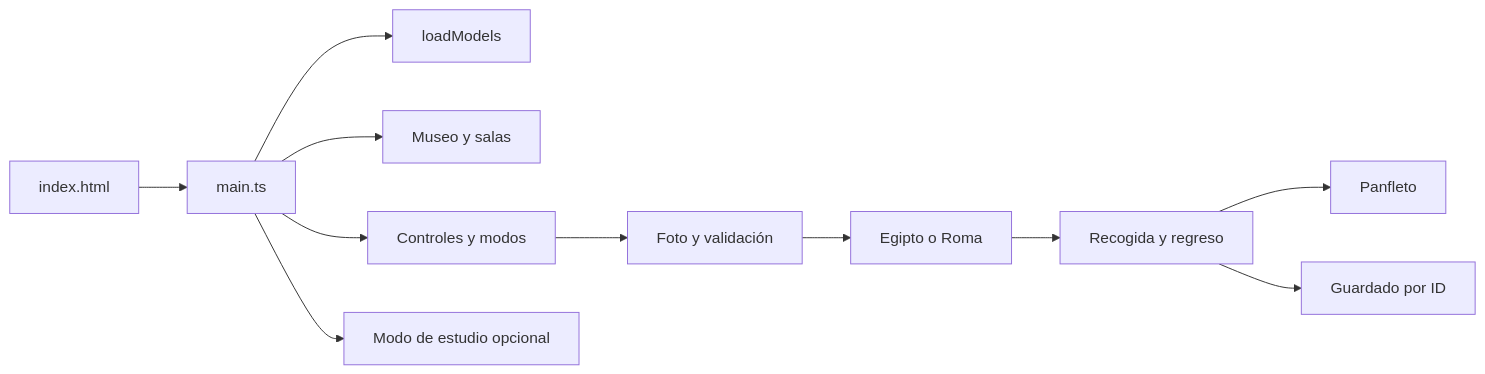
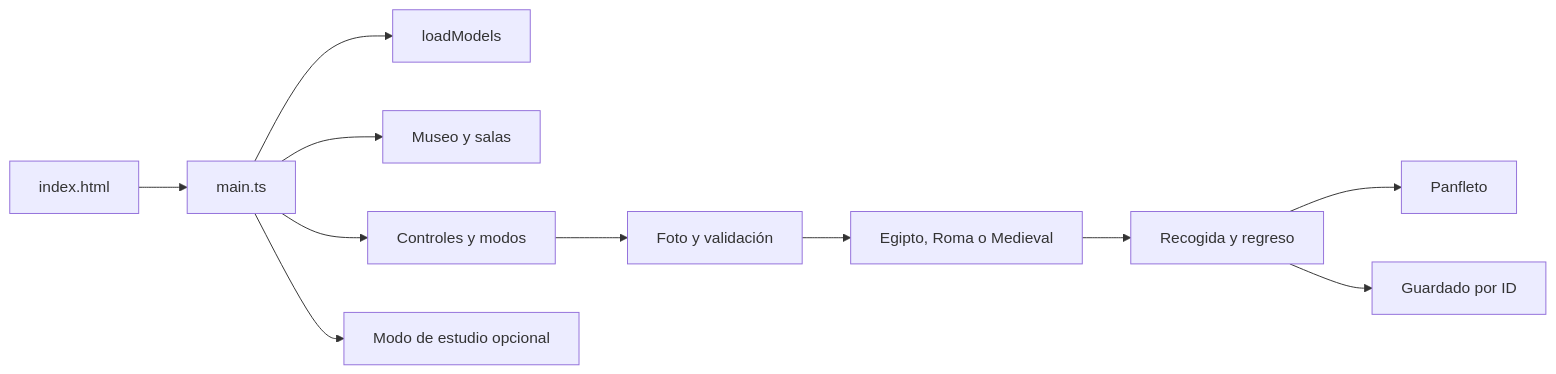
The diagram in docs/CODEMAP.md (MatiArgu/CDEV-TPI-Grupo03), drawn with Mermaid before and after one commit. The commit also changed other lines of this file and 51 other files, not shown here.

Commit message:
Crear sala medieval, mejora de egipto y roma

````diff
--- a/docs/CODEMAP.md
+++ b/docs/CODEMAP.md
@@ -48,13 +48,13 @@
 ```mermaid
 flowchart LR
   HTML[index.html] --> Main[main.ts]
   Main --> Assets[loadModels]
   Main --> Museum[Museo y salas]
   Main --> Player[Controles y modos]
   Player --> Photo[Foto y validación]
-  Photo --> World[Egipto o Roma]
+  Photo --> World[Egipto, Roma o Medieval]
   World --> Return[Recogida y regreso]
   Return --> Paper[Panfleto]
   Return --> Save[Guardado por ID]
   Main --> Study[Modo de estudio opcional]
 ```
````
